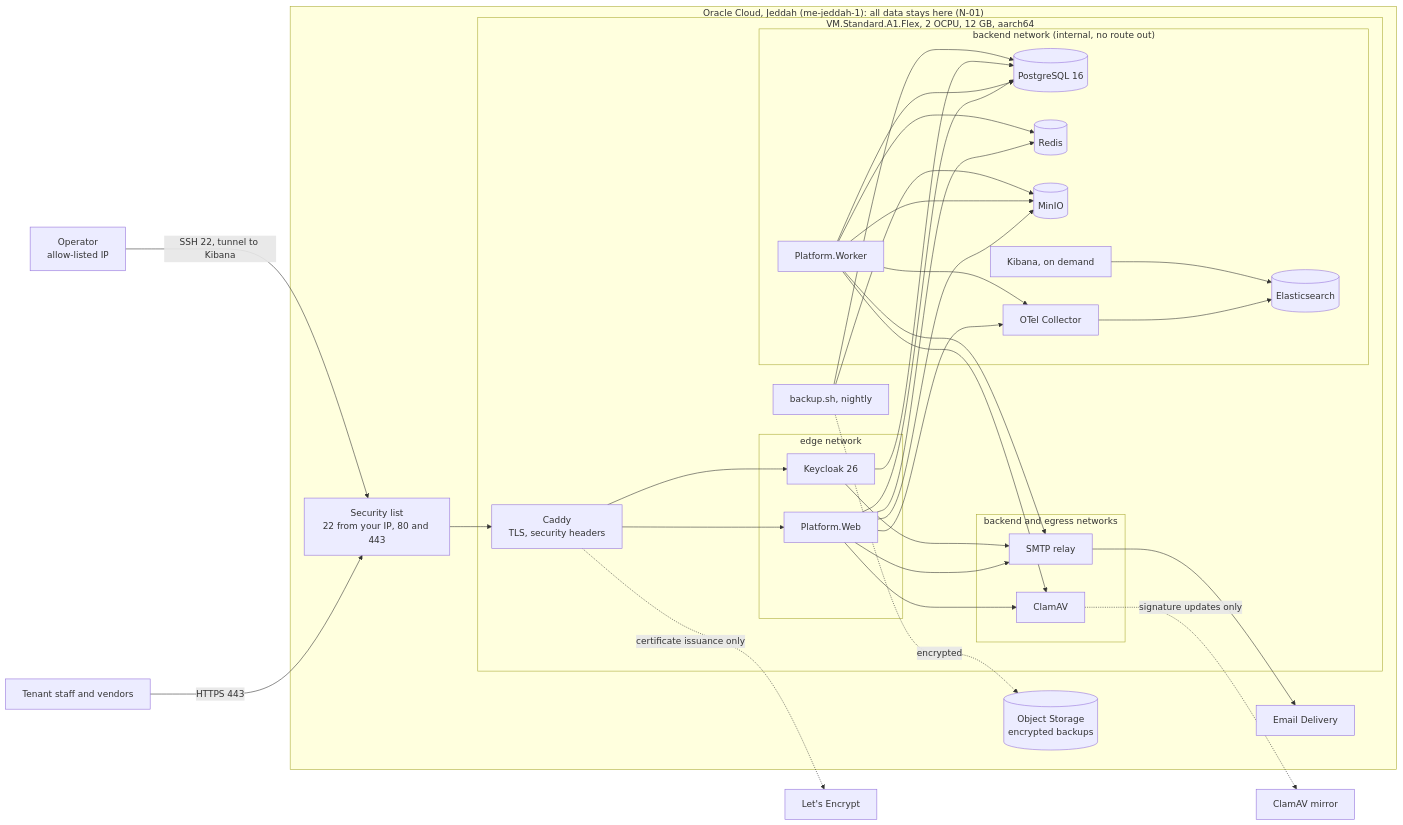
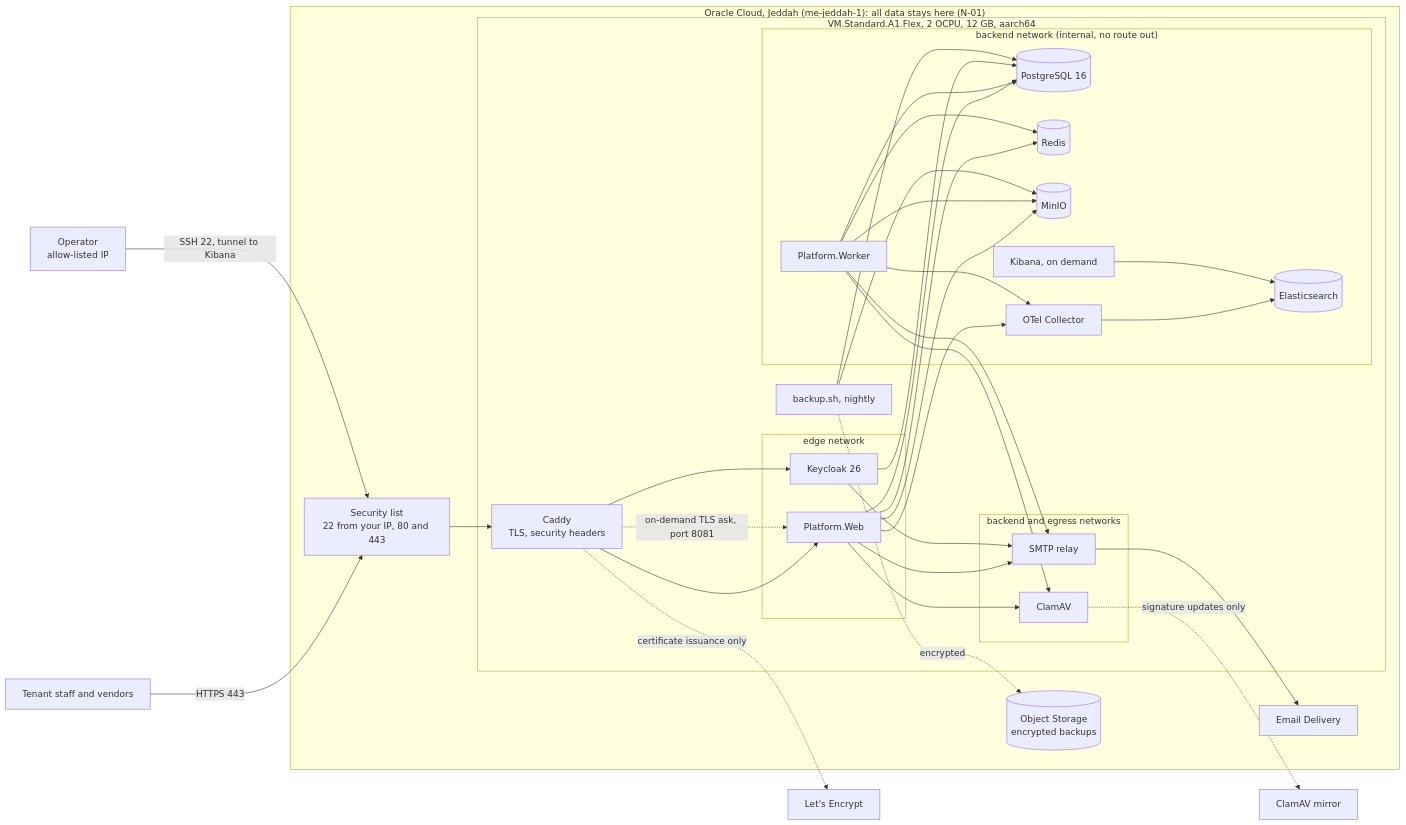
The first of 3 diagrams in docs/19-pilot-runbook.md (AhmedAssaf/ERP), drawn with Mermaid before and after one commit. The commit also changed other lines of this file and 16 other files, not shown here.

First line of the commit message:
feat(web): on-demand TLS ask endpoint on an internal listener; pilot Caddy issues tenant certificates on demand (#24)

````diff
--- a/docs/19-pilot-runbook.md
+++ b/docs/19-pilot-runbook.md
@@ -10,39 +10,40 @@
 ```mermaid
 flowchart LR
     U["Tenant staff and vendors"] -->|"HTTPS 443"| SL
     OP["Operator<br/>allow-listed IP"] -->|"SSH 22, tunnel to Kibana"| SL
     subgraph OCI["Oracle Cloud, Jeddah (me-jeddah-1): all data stays here (N-01)"]
         SL["Security list<br/>22 from your IP, 80 and 443"] --> CADDY
         subgraph VM["VM.Standard.A1.Flex, 2 OCPU, 12 GB, aarch64"]
             CADDY["Caddy<br/>TLS, security headers"]
             subgraph EDGE["edge network"]
                 WEB["Platform.Web"]
                 KC["Keycloak 26"]
             end
             subgraph BACK["backend network (internal, no route out)"]
                 WRK["Platform.Worker"]
                 PG[("PostgreSQL 16")]
                 RD[("Redis")]
                 S3[("MinIO")]
                 COL["OTel Collector"] --> ES[("Elasticsearch")]
                 KIB["Kibana, on demand"]
             end
             subgraph EGR["backend and egress networks"]
                 AV["ClamAV"]
                 RELAY["SMTP relay"]
             end
             CADDY --> WEB & KC
+            CADDY -.->|"on-demand TLS ask, port 8081"| WEB
             WEB --> PG & RD & S3 & AV & RELAY & COL
             WRK --> PG & RD & S3 & AV & RELAY & COL
             KC --> PG & RELAY
             KIB --> ES
             BK["backup.sh, nightly"] --> PG & S3
         end
         OS[("Object Storage<br/>encrypted backups")]
         MAIL["Email Delivery"]
     end
     BK -.->|"encrypted"| OS
     RELAY --> MAIL
     AV -.->|"signature updates only"| CDN["ClamAV mirror"]
     CADDY -.->|"certificate issuance only"| LE["Let's Encrypt"]
 ```
````
